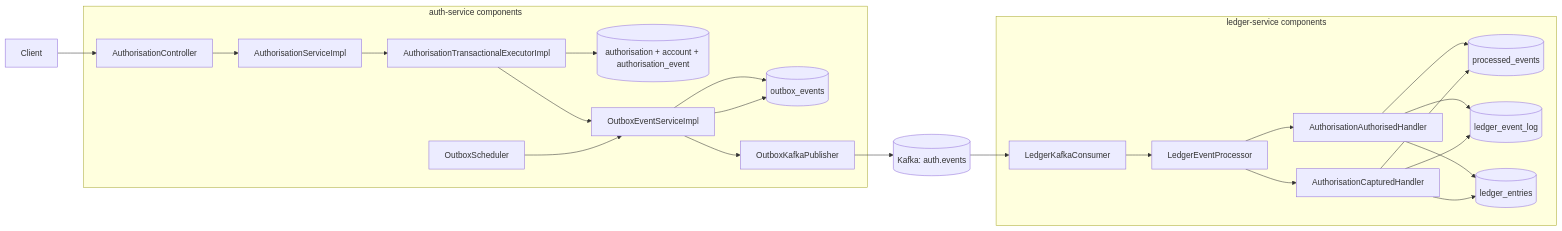
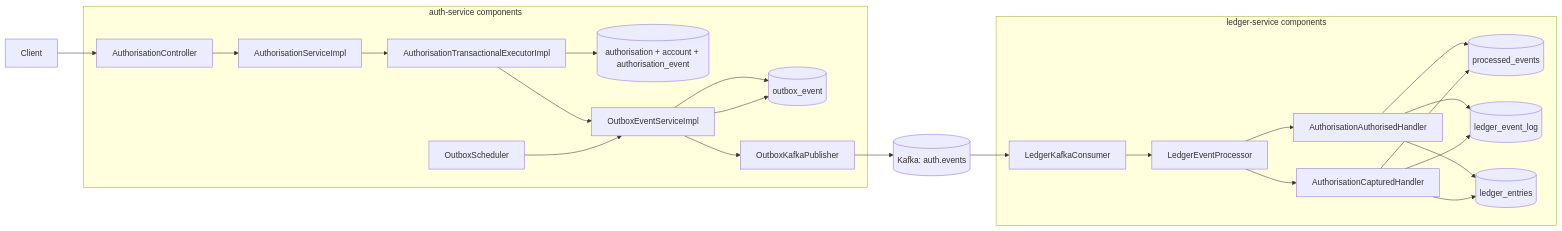
Before and after one commit to ShirongQuan/payment-platform: the diagram in docs/architecture/service-interaction.mmd, drawn with Mermaid. The commit also changed 24 other files, not shown here.

```diff
--- a/docs/architecture/service-interaction.mmd
+++ b/docs/architecture/service-interaction.mmd
@@ -1,43 +1,41 @@
 flowchart LR
-	Client[Client]
+    Client[Client]
 
-	subgraph Auth[auth-service components]
-		Controller[AuthorisationController]
-		Service[AuthorisationServiceImpl]
-		TxExecutor[AuthorisationTransactionalExecutorImpl]
-		AuthRepo[(authorisation + account + authorisation_event)]
-		OutboxSvc[OutboxEventServiceImpl]
-		OutboxRepo[(outbox_events)]
-		OutboxScheduler[OutboxScheduler]
-		KafkaPublisher[OutboxKafkaPublisher]
-	end
+    subgraph Auth[auth-service components]
+        Controller[AuthorisationController]
+        Service[AuthorisationServiceImpl]
+        TxExecutor[AuthorisationTransactionalExecutorImpl]
+        AuthRepo[(authorisation + account + authorisation_event)]
+        OutboxSvc[OutboxEventServiceImpl]
+        OutboxRepo[(outbox_event)]
+        OutboxScheduler[OutboxScheduler]
+        KafkaPublisher[OutboxKafkaPublisher]
+    end
 
-	Kafka[(Kafka: auth.events)]
+    Kafka[(Kafka: auth.events)]
 
-	subgraph Ledger[ledger-service components]
-		KafkaConsumer[LedgerKafkaConsumer]
-		EventProcessor[LedgerEventProcessor]
-		AuthHandler[AuthorisationAuthorisedHandler]
-		CapHandler[AuthorisationCapturedHandler]
-		Dedup[(processed_events)]
-		EventLog[(ledger_event_log)]
-		Projection[(ledger_entries)]
-	end
+    subgraph Ledger[ledger-service components]
+        KafkaConsumer[LedgerKafkaConsumer]
+        EventProcessor[LedgerEventProcessor]
+        AuthHandler[AuthorisationAuthorisedHandler]
+        CapHandler[AuthorisationCapturedHandler]
+        Dedup[(processed_events)]
+        EventLog[(ledger_event_log)]
+        Projection[(ledger_entries)]
+    end
 
-	Client --> Controller --> Service --> TxExecutor
-	TxExecutor --> AuthRepo
-	TxExecutor --> OutboxSvc --> OutboxRepo
-
-	OutboxScheduler --> OutboxSvc
-	OutboxSvc --> OutboxRepo
-	OutboxSvc --> KafkaPublisher --> Kafka
-
-	Kafka --> KafkaConsumer --> EventProcessor
-	EventProcessor --> AuthHandler
-	EventProcessor --> CapHandler
-	AuthHandler --> Dedup
-	CapHandler --> Dedup
-	AuthHandler --> EventLog
-	CapHandler --> EventLog
-	AuthHandler --> Projection
-	CapHandler --> Projection
+    Client --> Controller --> Service --> TxExecutor
+    TxExecutor --> AuthRepo
+    TxExecutor --> OutboxSvc --> OutboxRepo
+    OutboxScheduler --> OutboxSvc
+    OutboxSvc --> OutboxRepo
+    OutboxSvc --> KafkaPublisher --> Kafka
+    Kafka --> KafkaConsumer --> EventProcessor
+    EventProcessor --> AuthHandler
+    EventProcessor --> CapHandler
+    AuthHandler --> Dedup
+    CapHandler --> Dedup
+    AuthHandler --> EventLog
+    CapHandler --> EventLog
+    AuthHandler --> Projection
+    CapHandler --> Projection
```
